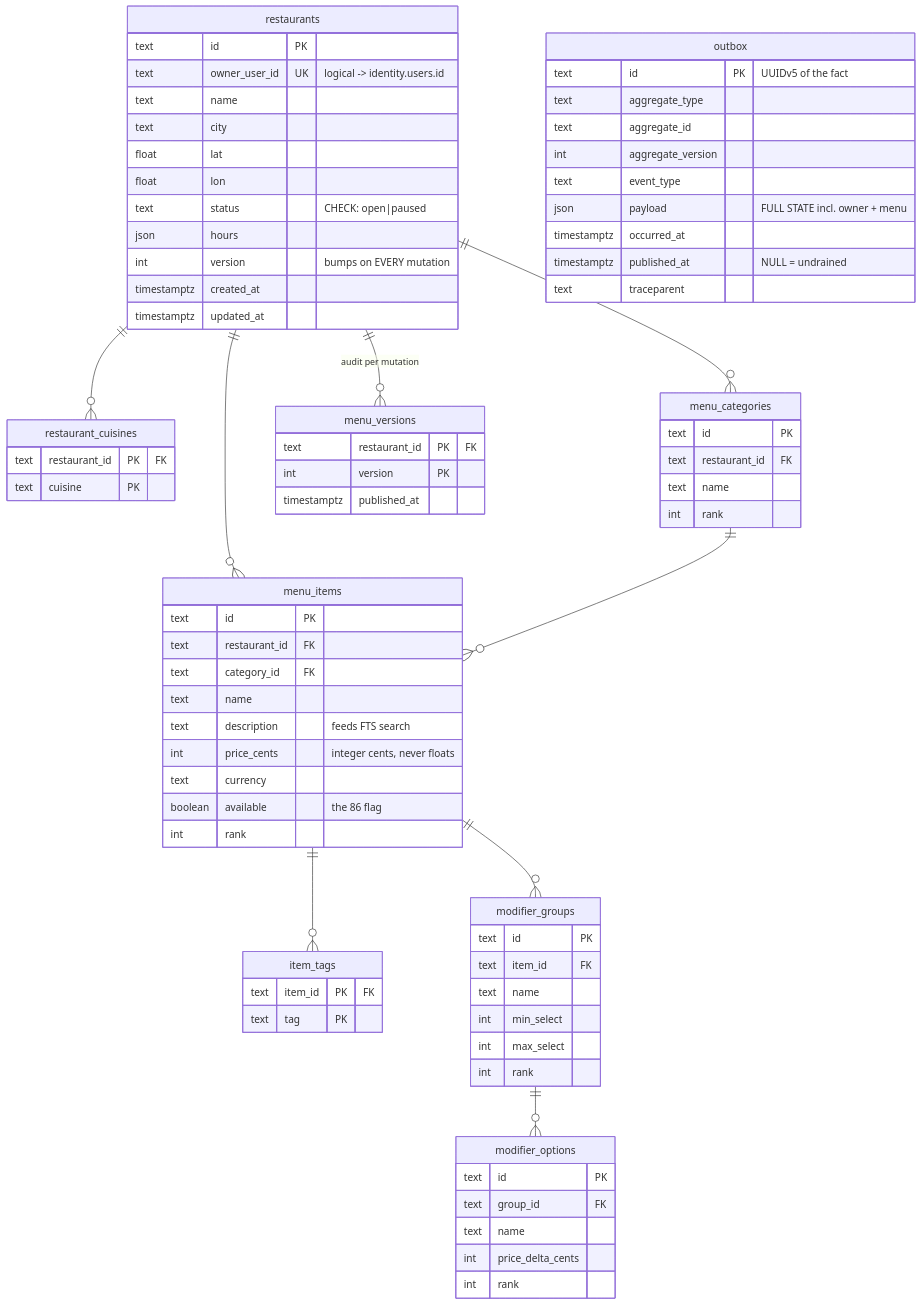
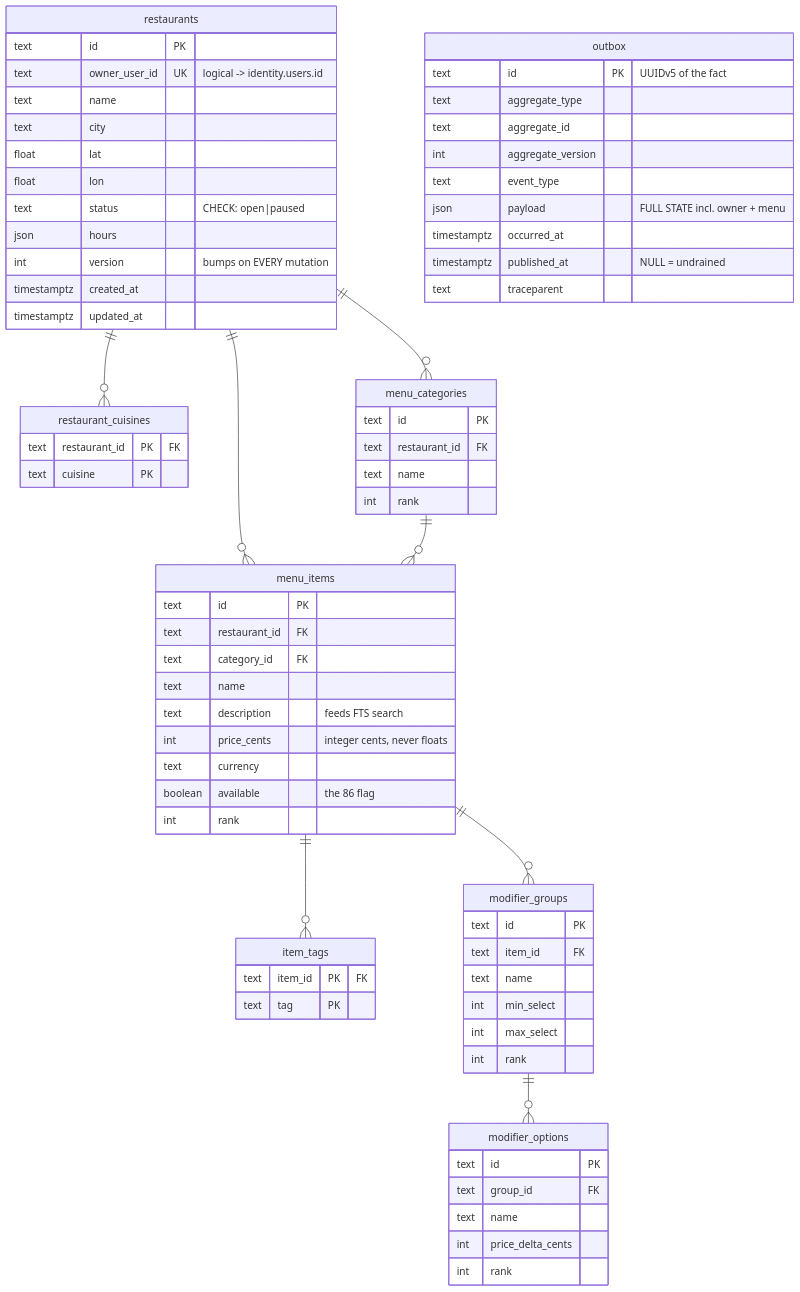
Before and after one commit to Aizazahmed-7/SmartFoodOps: the second of 7 diagrams in docs/erd.md, drawn with Mermaid. The commit also changed other lines of this file and 16 other files, not shown here.

````diff
--- a/docs/erd.md
+++ b/docs/erd.md
@@ -85,80 +85,74 @@
 ```mermaid
 erDiagram
     restaurants {
         text id PK
         text owner_user_id UK "logical -> identity.users.id"
         text name
         text city
         float lat
         float lon
         text status "CHECK: open|paused"
         json hours
         int version "bumps on EVERY mutation"
         timestamptz created_at
         timestamptz updated_at
     }
     restaurant_cuisines {
         text restaurant_id PK "FK"
         text cuisine PK
     }
     menu_categories {
         text id PK
         text restaurant_id FK
         text name
         int rank
     }
     menu_items {
         text id PK
         text restaurant_id FK
         text category_id FK
         text name
         text description "feeds FTS search"
         int price_cents "integer cents, never floats"
         text currency
         boolean available "the 86 flag"
         int rank
     }
     item_tags {
         text item_id PK "FK"
         text tag PK
     }
     modifier_groups {
         text id PK
         text item_id FK
         text name
         int min_select
         int max_select
         int rank
     }
     modifier_options {
         text id PK
         text group_id FK
         text name
         int price_delta_cents
         int rank
     }
-    menu_versions {
-        text restaurant_id PK "FK"
-        int version PK
-        timestamptz published_at
-    }
     outbox {
         text id PK "UUIDv5 of the fact"
         text aggregate_type
         text aggregate_id
         int aggregate_version
         text event_type
         json payload "FULL STATE incl. owner + menu"
         timestamptz occurred_at
         timestamptz published_at "NULL = undrained"
         text traceparent
     }
     restaurants ||--o{ restaurant_cuisines : ""
     restaurants ||--o{ menu_categories : ""
     restaurants ||--o{ menu_items : ""
     menu_categories ||--o{ menu_items : ""
     menu_items ||--o{ item_tags : ""
     menu_items ||--o{ modifier_groups : ""
     modifier_groups ||--o{ modifier_options : ""
-    restaurants ||--o{ menu_versions : "audit per mutation"
 ```
````
